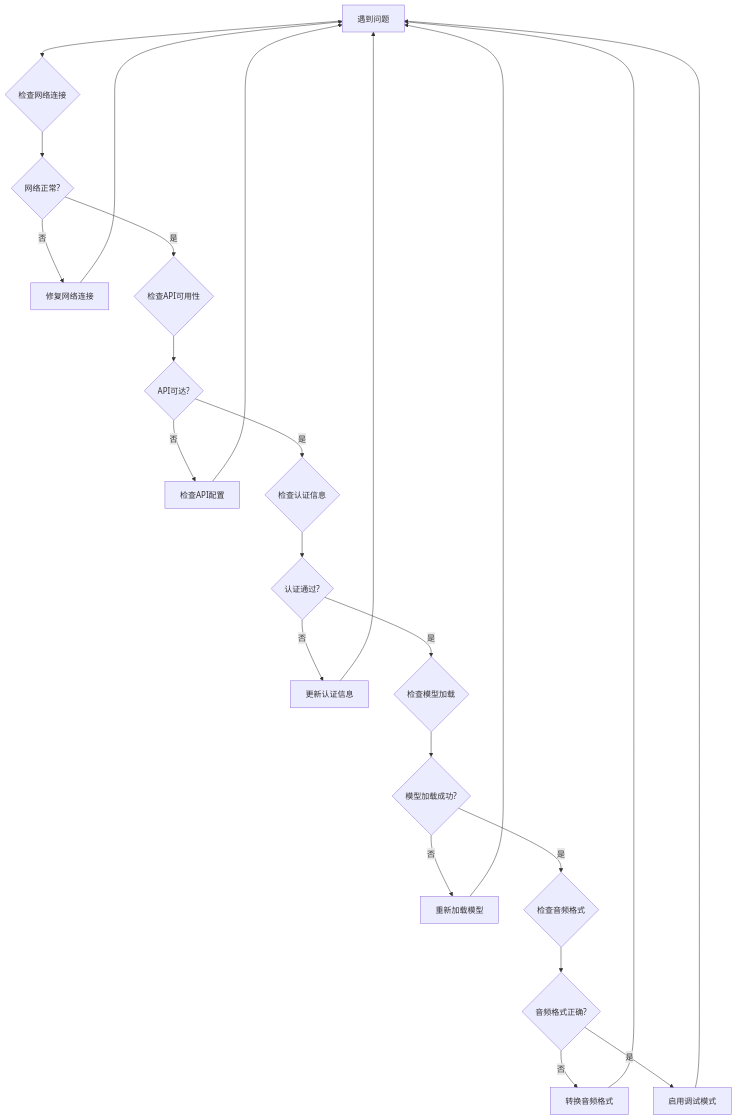
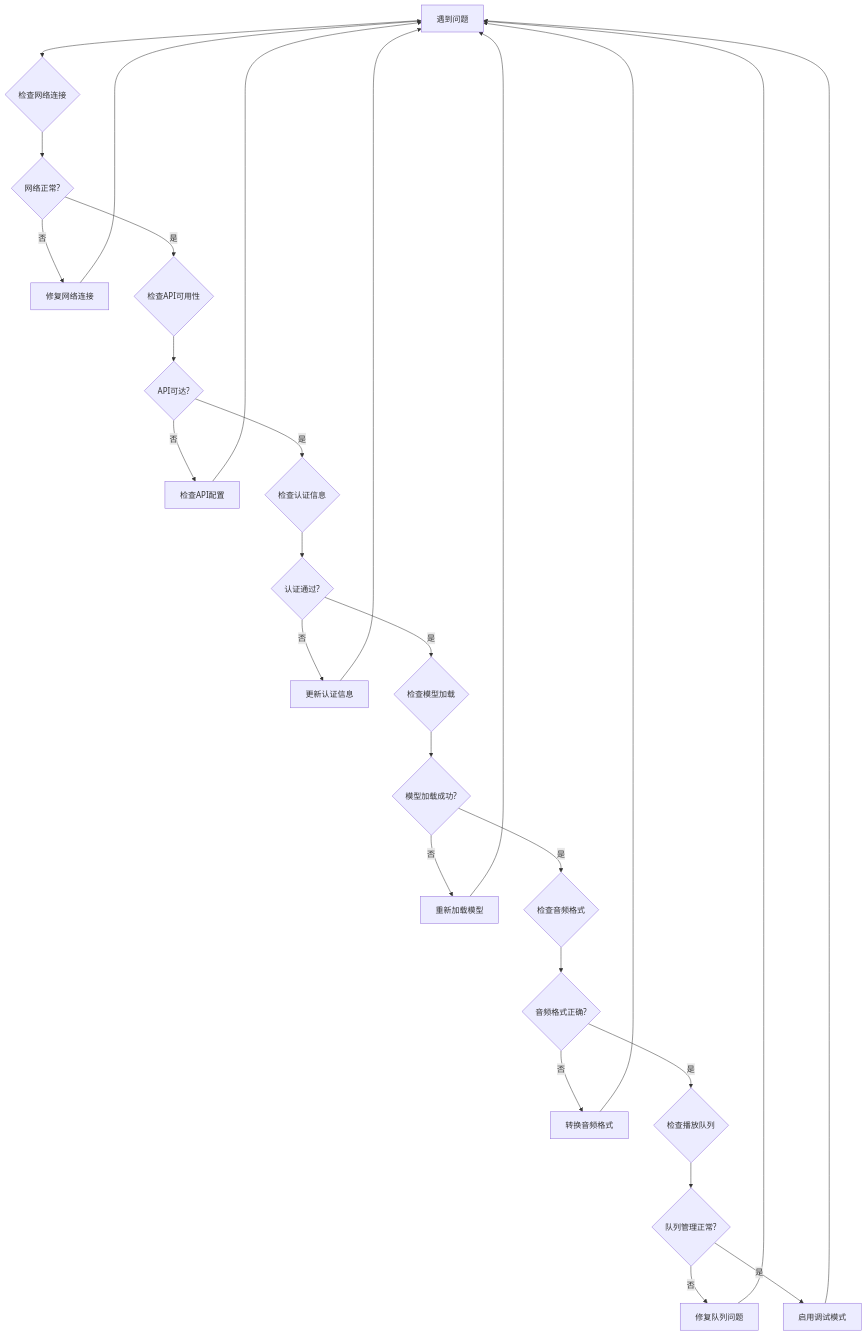
One commit to 1024dashen/Vue3Speech changed the tenth of 10 diagrams in .qoder/repowiki/zh/content/前端组件集成/API集成指南.md. Above: the diagram before and after it, drawn with Mermaid. The commit also changed other lines of this file and 7 other files, not shown here.

````diff
--- a/.qoder/repowiki/zh/content/前端组件集成/API集成指南.md
+++ b/.qoder/repowiki/zh/content/前端组件集成/API集成指南.md
@@ -343,25 +404,29 @@
 ```mermaid
 flowchart TD
 Problem[遇到问题] --> CheckNetwork{检查网络连接}
 CheckNetwork --> NetworkOK{网络正常?}
 NetworkOK --> |否| FixNetwork[修复网络连接]
 NetworkOK --> |是| CheckAPI{检查API可用性}
 CheckAPI --> APIOK{API可达?}
 APIOK --> |否| FixAPI[检查API配置]
 APIOK --> |是| CheckAuth{检查认证信息}
 CheckAuth --> AuthOK{认证通过?}
 AuthOK --> |否| FixAuth[更新认证信息]
 AuthOK --> |是| CheckModel{检查模型加载}
 CheckModel --> ModelOK{模型加载成功?}
 ModelOK --> |否| FixModel[重新加载模型]
 ModelOK --> |是| CheckAudio{检查音频格式}
 CheckAudio --> AudioOK{音频格式正确?}
 AudioOK --> |否| FixAudio[转换音频格式]
-AudioOK --> |是| DebugMode[启用调试模式]
+AudioOK --> |是| CheckQueue{检查播放队列}
+CheckQueue --> QueueOK{队列管理正常?}
+QueueOK --> |否| FixQueue[修复队列问题]
+QueueOK --> |是| DebugMode[启用调试模式]
 FixNetwork --> Problem
 FixAPI --> Problem
 FixAuth --> Problem
 FixModel --> Problem
 FixAudio --> Problem
+FixQueue --> Problem
 DebugMode --> Problem
 ```
````
